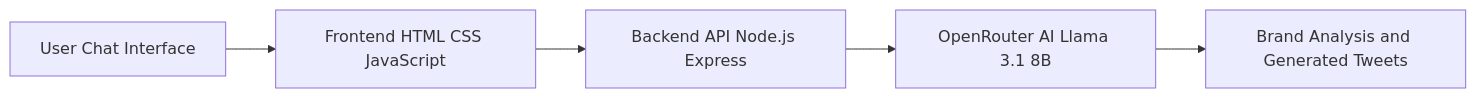
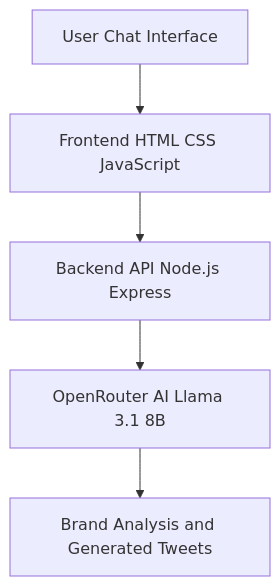
Before and after one commit to MAHESH20L/ai-tweets-backend: the diagram in README.md, drawn with Mermaid.

Commit message:
Fix mermaid flowchart direction in README

````diff
--- a/README.md
+++ b/README.md
@@ -19,13 +19,13 @@
 ```mermaid
-flowchart LR
+flowchart TD
     UI[User Chat Interface]
     FE[Frontend HTML CSS JavaScript]
     BE[Backend API Node.js Express]
     AI[OpenRouter AI Llama 3.1 8B]
     OUT[Brand Analysis and Generated Tweets]
 
     UI --> FE
     FE --> BE
     BE --> AI
     AI --> OUT
 ```
````
